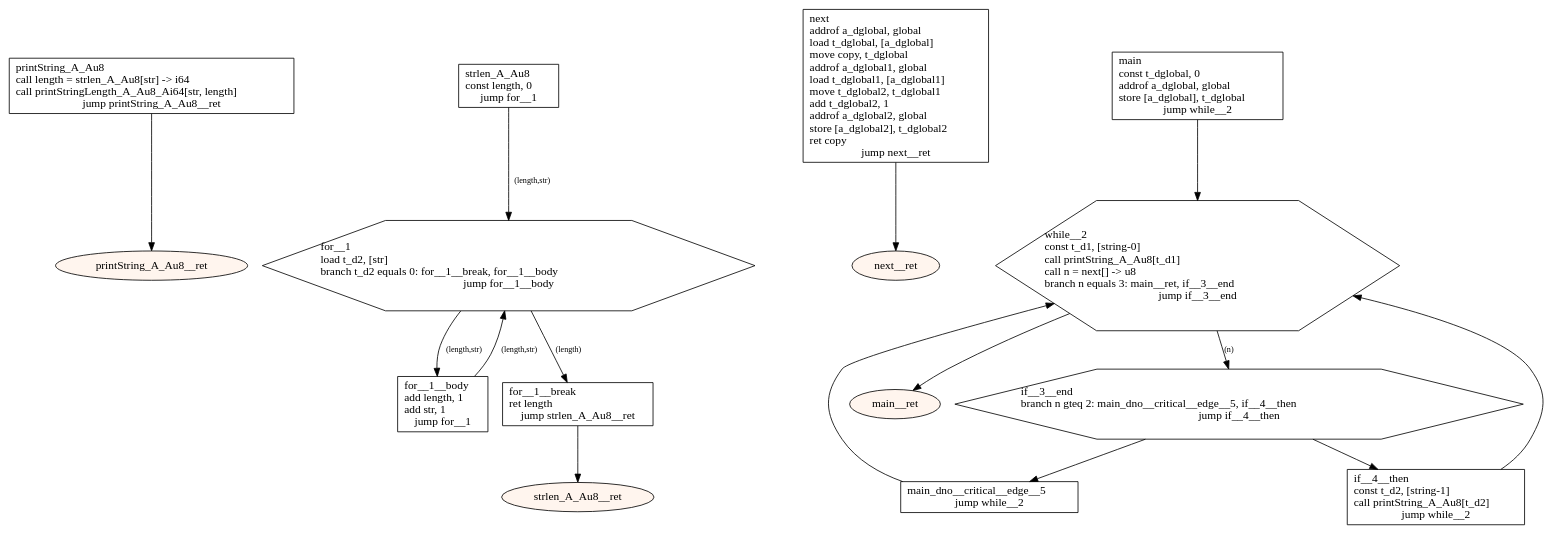
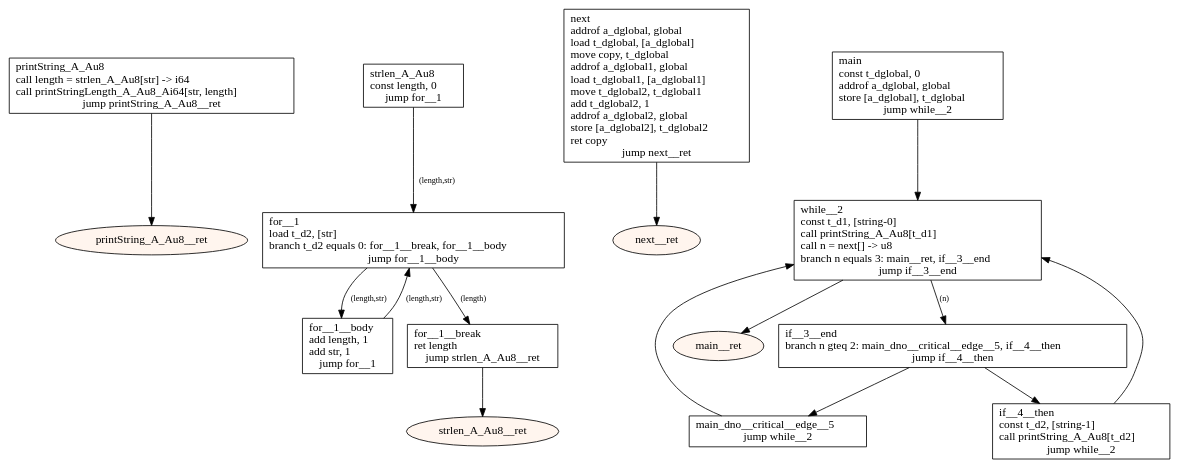
One commit to tmssngr/tinyC changed the diagram in src/main/resources-test/compiler/windows/global vars2.dot. Above: the diagram before and after it, drawn with Graphviz. The commit also changed 21 other files, not shown here.

```diff
--- a/src/main/resources-test/compiler/windows/global vars2.dot
+++ b/src/main/resources-test/compiler/windows/global vars2.dot
@@ -1,40 +1,40 @@
 digraph program {
 	edge[fontsize="10pt"];
 	subgraph fn_printString_A_Au8 {
 		BasicBlock_0_printString_A_Au8 [label="printString_A_Au8\lcall length = strlen_A_Au8[str] -> i64\lcall printStringLength_A_Au8_Ai64[str, length]\ljump printString_A_Au8__ret",shape=box];
 		BasicBlock_0_printString_A_Au8 -> BasicBlock_0_printString_A_Au8__ret;
 		BasicBlock_0_printString_A_Au8__ret [label="printString_A_Au8__ret",shape=oval,style=filled,fillcolor="#fff5ee"];
 	}
 	subgraph fn_strlen_A_Au8 {
 		BasicBlock_1_strlen_A_Au8 [label="strlen_A_Au8\lconst length, 0\ljump for__1",shape=box];
 		BasicBlock_1_strlen_A_Au8 -> BasicBlock_1_for__1 [label="(length,str)"];
 		BasicBlock_1_for__1__body [label="for__1__body\ladd length, 1\ladd str, 1\ljump for__1",shape=box];
 		BasicBlock_1_for__1__body -> BasicBlock_1_for__1 [label="(length,str)"];
-		BasicBlock_1_for__1 [label="for__1\lload t_d2, [str]\lbranch t_d2 equals 0: for__1__break, for__1__body\ljump for__1__body",shape=hexagon];
+		BasicBlock_1_for__1 [label="for__1\lload t_d2, [str]\lbranch t_d2 equals 0: for__1__break, for__1__body\ljump for__1__body",shape=box];
 		BasicBlock_1_for__1 -> BasicBlock_1_for__1__break [label="(length)"];
 		BasicBlock_1_for__1 -> BasicBlock_1_for__1__body [label="(length,str)"];
 		BasicBlock_1_for__1__break [label="for__1__break\lret length\ljump strlen_A_Au8__ret",shape=box];
 		BasicBlock_1_for__1__break -> BasicBlock_1_strlen_A_Au8__ret;
 		BasicBlock_1_strlen_A_Au8__ret [label="strlen_A_Au8__ret",shape=oval,style=filled,fillcolor="#fff5ee"];
 	}
 	subgraph fn_next {
 		BasicBlock_2_next [label="next\laddrof a_dglobal, global\lload t_dglobal, [a_dglobal]\lmove copy, t_dglobal\laddrof a_dglobal1, global\lload t_dglobal1, [a_dglobal1]\lmove t_dglobal2, t_dglobal1\ladd t_dglobal2, 1\laddrof a_dglobal2, global\lstore [a_dglobal2], t_dglobal2\lret copy\ljump next__ret",shape=box];
 		BasicBlock_2_next -> BasicBlock_2_next__ret;
 		BasicBlock_2_next__ret [label="next__ret",shape=oval,style=filled,fillcolor="#fff5ee"];
 	}
 	subgraph fn_main {
 		BasicBlock_3_main [label="main\lconst t_dglobal, 0\laddrof a_dglobal, global\lstore [a_dglobal], t_dglobal\ljump while__2",shape=box];
 		BasicBlock_3_main -> BasicBlock_3_while__2;
-		BasicBlock_3_if__3__end [label="if__3__end\lbranch n gteq 2: main_dno__critical__edge__5, if__4__then\ljump if__4__then",shape=hexagon];
+		BasicBlock_3_if__3__end [label="if__3__end\lbranch n gteq 2: main_dno__critical__edge__5, if__4__then\ljump if__4__then",shape=box];
 		BasicBlock_3_if__3__end -> BasicBlock_3_main_dno__critical__edge__5;
 		BasicBlock_3_if__3__end -> BasicBlock_3_if__4__then;
 		BasicBlock_3_main_dno__critical__edge__5 [label="main_dno__critical__edge__5\ljump while__2",shape=box];
 		BasicBlock_3_main_dno__critical__edge__5 -> BasicBlock_3_while__2;
 		BasicBlock_3_if__4__then [label="if__4__then\lconst t_d2, [string-1]\lcall printString_A_Au8[t_d2]\ljump while__2",shape=box];
 		BasicBlock_3_if__4__then -> BasicBlock_3_while__2;
-		BasicBlock_3_while__2 [label="while__2\lconst t_d1, [string-0]\lcall printString_A_Au8[t_d1]\lcall n = next[] -> u8\lbranch n equals 3: main__ret, if__3__end\ljump if__3__end",shape=hexagon];
+		BasicBlock_3_while__2 [label="while__2\lconst t_d1, [string-0]\lcall printString_A_Au8[t_d1]\lcall n = next[] -> u8\lbranch n equals 3: main__ret, if__3__end\ljump if__3__end",shape=box];
 		BasicBlock_3_while__2 -> BasicBlock_3_main__ret;
 		BasicBlock_3_while__2 -> BasicBlock_3_if__3__end [label="(n)"];
 		BasicBlock_3_main__ret [label="main__ret",shape=oval,style=filled,fillcolor="#fff5ee"];
 	}
 }
```
